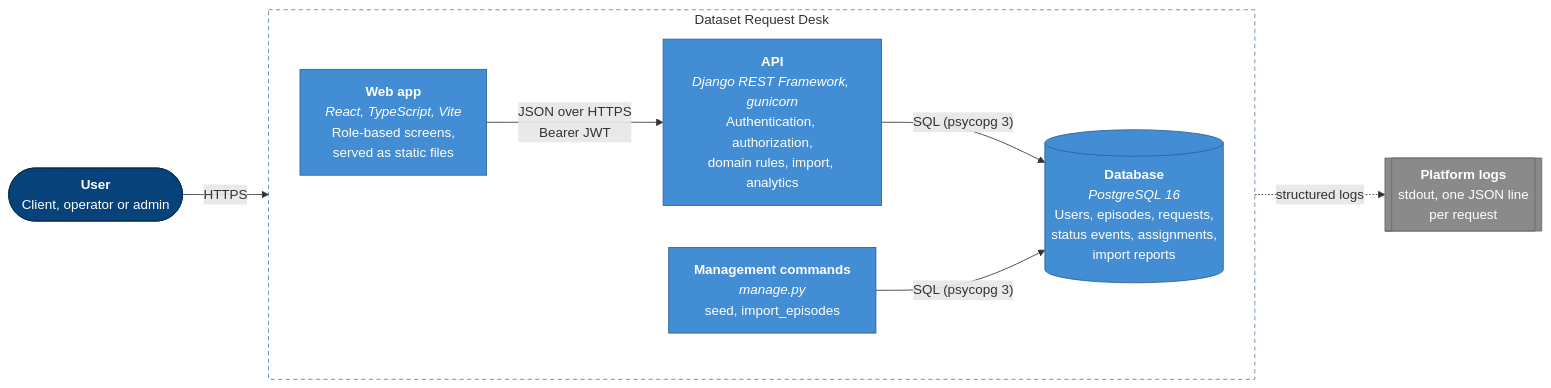
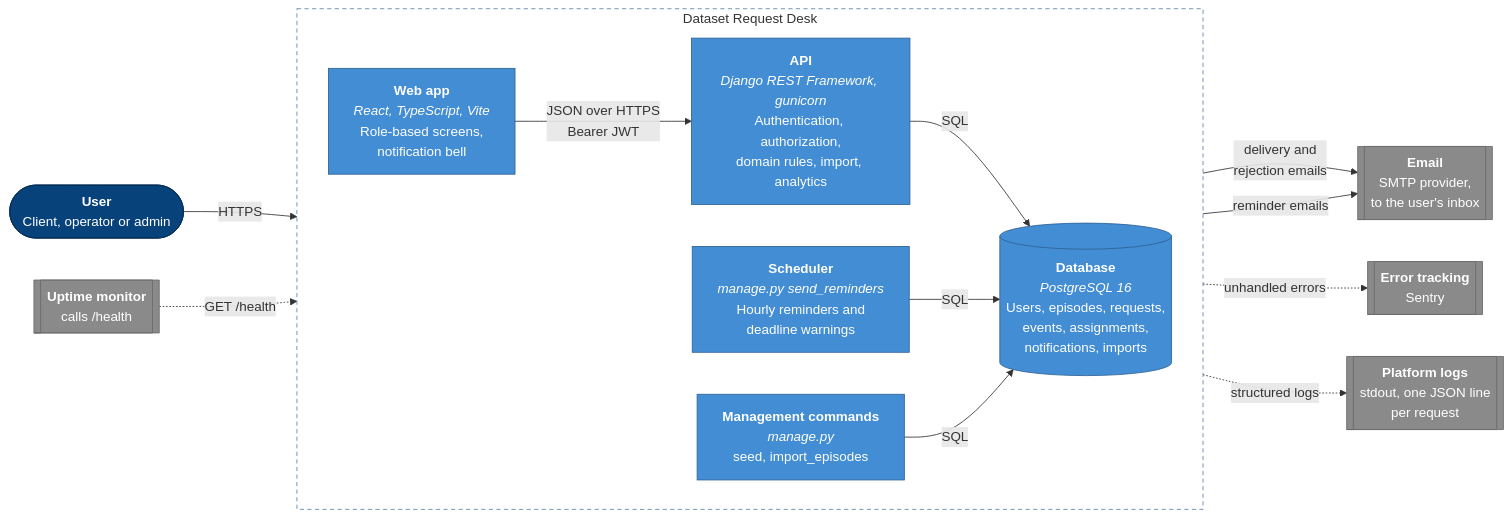
One commit to Michelle-anyika/dataset-request-desk changed the second of 8 diagrams in docs/architecture.md. Above: the diagram before and after it, drawn with Mermaid. The commit also changed other lines of this file, not shown here.

Commit message:
docs: show notifications, scheduler and alerting in the architecture

````diff
--- a/docs/architecture.md
+++ b/docs/architecture.md
@@ -47,30 +47,37 @@
 ```mermaid
 flowchart LR
     user(["<b>User</b><br/>Client, operator or admin"])
 
     subgraph desk["Dataset Request Desk"]
         direction LR
-        web["<b>Web app</b><br/><i>React, TypeScript, Vite</i><br/>Role-based screens,<br/>served as static files"]
+        web["<b>Web app</b><br/><i>React, TypeScript, Vite</i><br/>Role-based screens,<br/>notification bell"]
         api["<b>API</b><br/><i>Django REST Framework, gunicorn</i><br/>Authentication, authorization,<br/>domain rules, import, analytics"]
+        scheduler["<b>Scheduler</b><br/><i>manage.py send_reminders</i><br/>Hourly reminders and<br/>deadline warnings"]
         cli["<b>Management commands</b><br/><i>manage.py</i><br/>seed, import_episodes"]
-        db[("<b>Database</b><br/><i>PostgreSQL 16</i><br/>Users, episodes, requests,<br/>status events, assignments,<br/>import reports")]
+        db[("<b>Database</b><br/><i>PostgreSQL 16</i><br/>Users, episodes, requests,<br/>events, assignments,<br/>notifications, imports")]
     end
 
+    email[["<b>Email</b><br/>SMTP provider,<br/>to the user's inbox"]]
+    sentry[["<b>Error tracking</b><br/>Sentry"]]
     logs[["<b>Platform logs</b><br/>stdout, one JSON line<br/>per request"]]
+    uptime[["<b>Uptime monitor</b><br/>calls /health"]]
 
     user -- "HTTPS" --> web
     web -- "JSON over HTTPS<br/>Bearer JWT" --> api
-    api -- "SQL (psycopg 3)" --> db
-    cli -- "SQL (psycopg 3)" --> db
+    api -- "SQL" --> db
+    scheduler -- "SQL" --> db
+    cli -- "SQL" --> db
+    api -- "delivery and<br/>rejection emails" --> email
+    scheduler -- "reminder emails" --> email
+    api -. "unhandled errors" .-> sentry
     api -. "structured logs" .-> logs
+    uptime -. "GET /health" .-> api
 
     classDef person fill:#08427b,stroke:#052e56,color:#fff
     classDef container fill:#438dd5,stroke:#2e6295,color:#fff
-    classDef store fill:#438dd5,stroke:#2e6295,color:#fff
     classDef external fill:#8a8a8a,stroke:#6b6b6b,color:#fff
     class user person
-    class web,api,cli container
-    class db store
-    class logs external
+    class web,api,scheduler,cli,db container
+    class email,sentry,logs,uptime external
     style desk fill:transparent,stroke:#5d82a8,stroke-width:1px,stroke-dasharray:5 4
 ```
````
